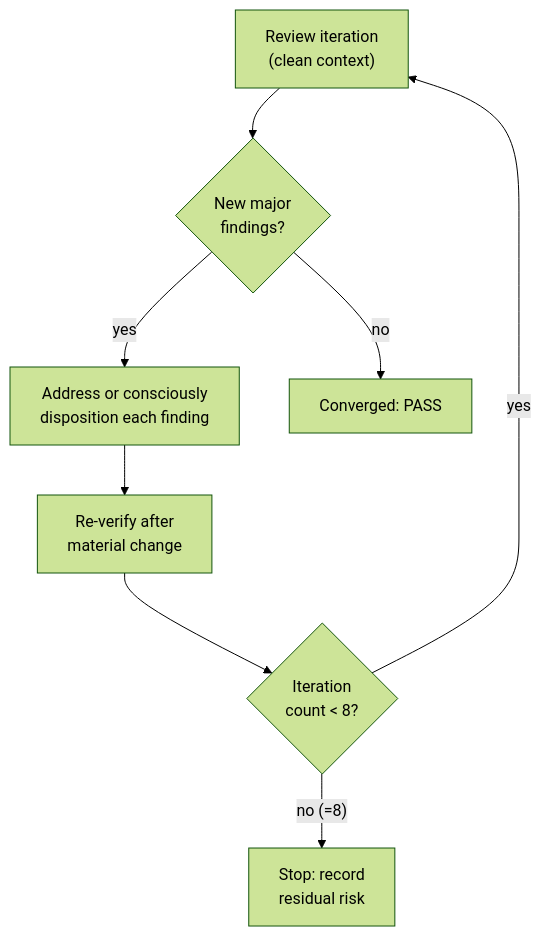
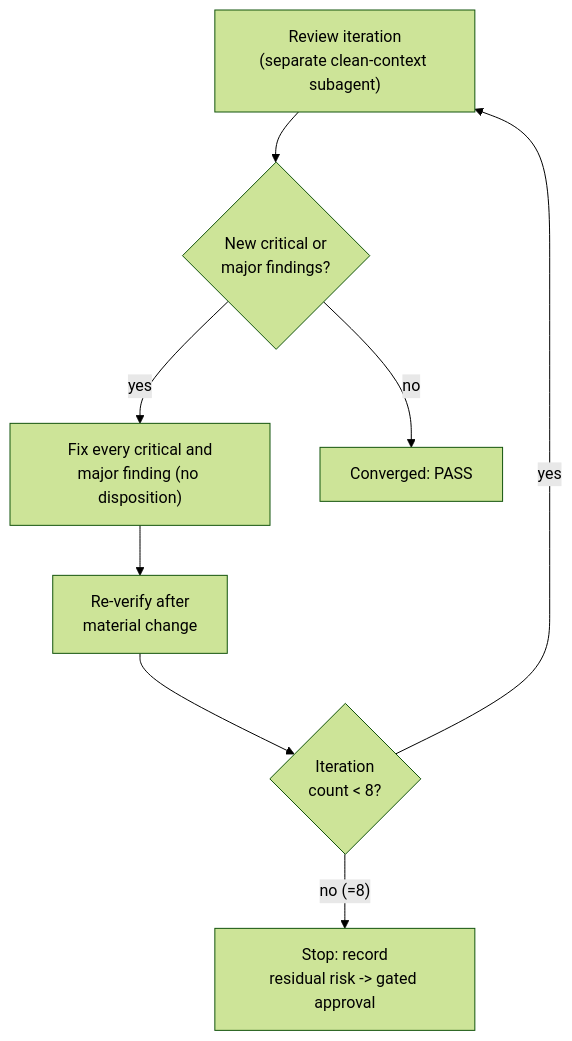
Before and after one commit to sean8601/mockserver-monorepo: the third of 5 diagrams in docs/operations/ai-sdlc-integration-spec.md, drawn with Mermaid (forest theme). The commit also changed other lines of this file, not shown here.

First line of the commit message:
docs(ai-sdlc): clean-context layered adversarial review, must-fix critical/major, permission as a routing axis, prompt worktree cleanup

````diff
--- a/docs/operations/ai-sdlc-integration-spec.md
+++ b/docs/operations/ai-sdlc-integration-spec.md
@@ -384,10 +386,10 @@
 ```mermaid
 flowchart TD
-    A["Review iteration\n(clean context)"] --> B{"New major\nfindings?"}
-    B -->|"yes"| C["Address or consciously\ndisposition each finding"]
+    A["Review iteration\n(separate clean-context subagent)"] --> B{"New critical or\nmajor findings?"}
+    B -->|"yes"| C["Fix every critical and\nmajor finding (no disposition)"]
     C --> D["Re-verify after\nmaterial change"]
     D --> E{"Iteration\ncount < 8?"}
     E -->|"yes"| A
-    E -->|"no (=8)"| F["Stop: record\nresidual risk"]
+    E -->|"no (=8)"| F["Stop: record\nresidual risk -> gated approval"]
     B -->|"no"| G["Converged: PASS"]
 ```
````
